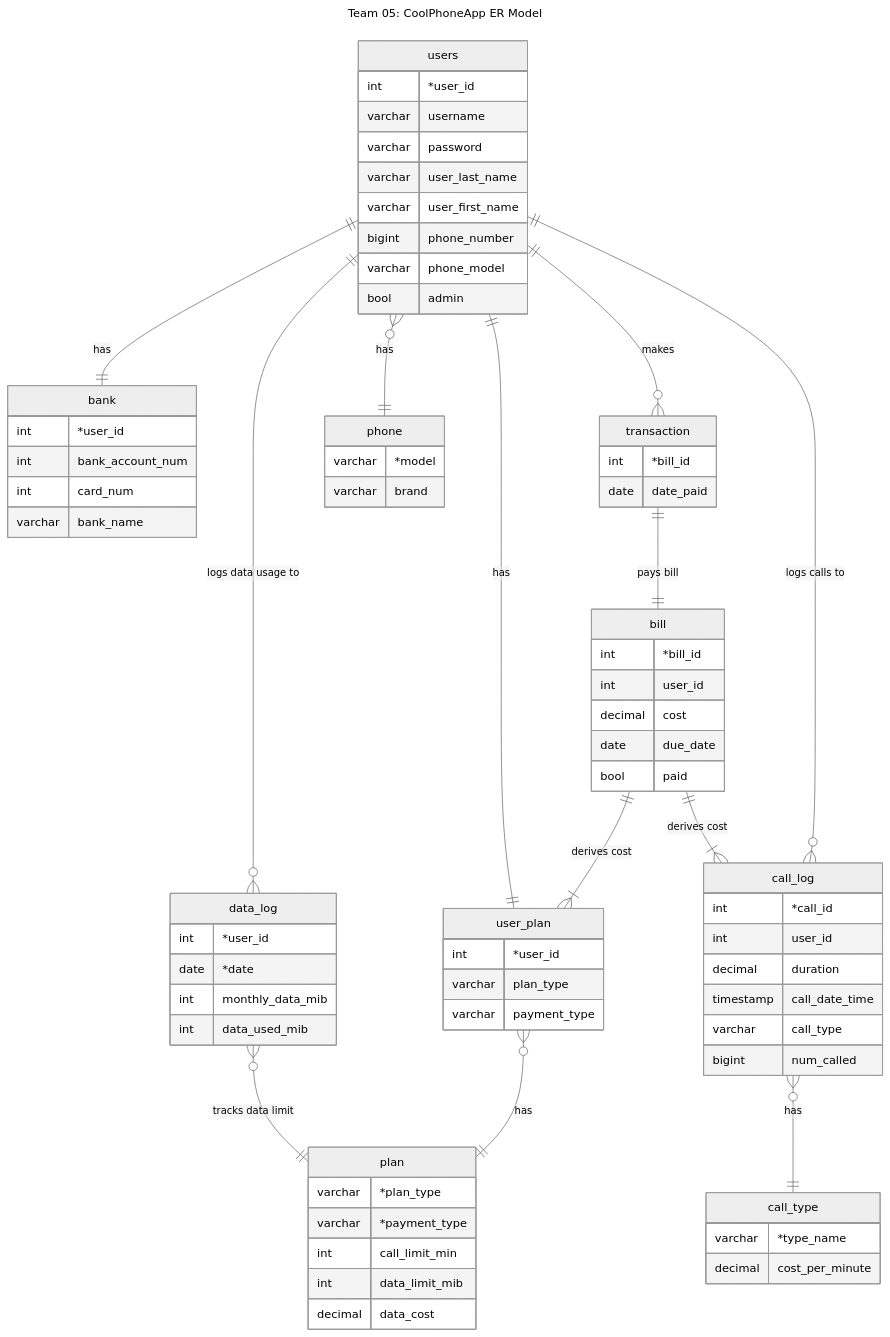
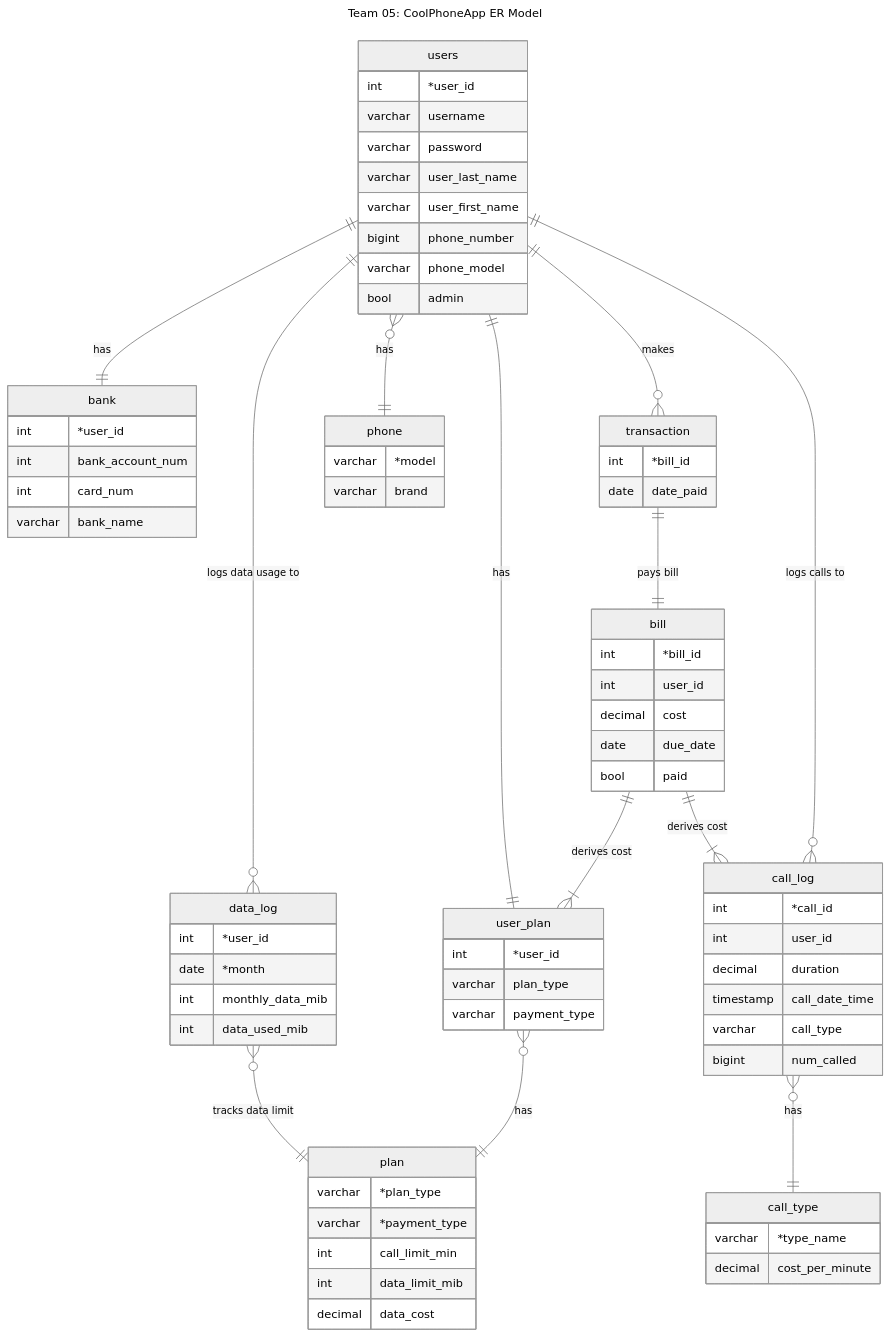
Before and after one commit to frandylion/CoolPhoneWebApp: the diagram in er_model_mermaid.mmd, drawn with Mermaid (neutral theme). The commit also changed 4 other files, not shown here.

Commit message:
added updated starting data, preliminary bill generation query to sqlsql.sql, and updated er model

```diff
--- a/er_model_mermaid.mmd
+++ b/er_model_mermaid.mmd
@@ -1,95 +1,95 @@
 ---
 title: "Team 05: CoolPhoneApp ER Model"
 ---
 erDiagram
     %% mmdc -i er_model_mermaid.mmd -o er_model.png --scale 4
 
     users {
         int *user_id
         varchar username
         varchar password
         varchar user_last_name
         varchar user_first_name
         bigint phone_number
         varchar phone_model
         bool admin
     }
 
     users ||--o{ data_log : "logs data usage to"
     users ||--|| bank : "has"
     users ||--o{ call_log : "logs calls to"
     users ||--o{ transaction : "makes"
     users }o--|| phone : "has"
     
     user_plan {
         int *user_id
         varchar plan_type
         varchar payment_type
     }
 
     user_plan }o--|| plan : "has"
 
     phone {
         varchar *model
         varchar brand
     }
     
     call_log {
         int *call_id
         int user_id
         decimal duration
         timestamp call_date_time
         varchar call_type
         bigint num_called
     }
     call_log }o--|| call_type : "has"
     
     data_log {
         int *user_id
-        date *date
+        date *month
         int monthly_data_mib
         int data_used_mib
     }
 
     data_log }o--|| plan : "tracks data limit"
     
     call_type {
         varchar *type_name
         decimal cost_per_minute
     }
     
     plan {
         varchar *plan_type
         varchar *payment_type
         int call_limit_min
         int data_limit_mib
         decimal data_cost
     }
     
     bank {
         int *user_id
         int bank_account_num
         int card_num
         varchar bank_name
     }
     
     transaction {
         int *bill_id
         date date_paid
     }
     
     transaction ||--|| bill : "pays bill"
 
     bill {
         int *bill_id
         int user_id
         decimal cost
         date due_date
         bool paid
     }
 
     bill ||--|{ call_log : "derives cost"
     bill ||--|{ user_plan : "derives cost"
 
     %% has to go down here to avoid line crossing
     users ||--|| user_plan : "has"
```
